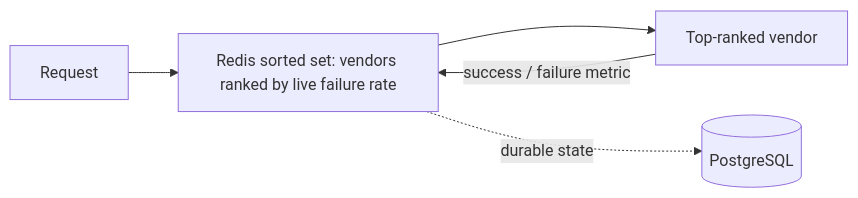
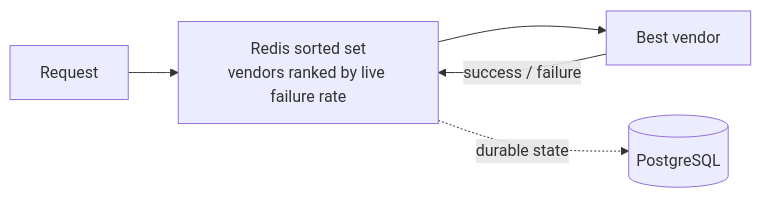
Before and after one commit to Sadath-GitHub/Sadath-GitHub: the second of 2 diagrams in README.md, drawn with Mermaid. The commit also changed other lines of this file, not shown here.

````diff
--- a/README.md
+++ b/README.md
@@ -44,7 +51,7 @@
 ```mermaid
 flowchart LR
-    R[Request] --> S[Redis sorted set: vendors ranked by live failure rate]
-    S --> V[Top-ranked vendor]
-    V -->|success / failure metric| S
-    S -. durable state .-> P[(PostgreSQL)]
+    Q[Request] --> Z[Redis sorted set<br/>vendors ranked by live failure rate]
+    Z --> V[Best vendor]
+    V -->|success / failure| Z
+    Z -. durable state .-> P[(PostgreSQL)]
 ```
````
